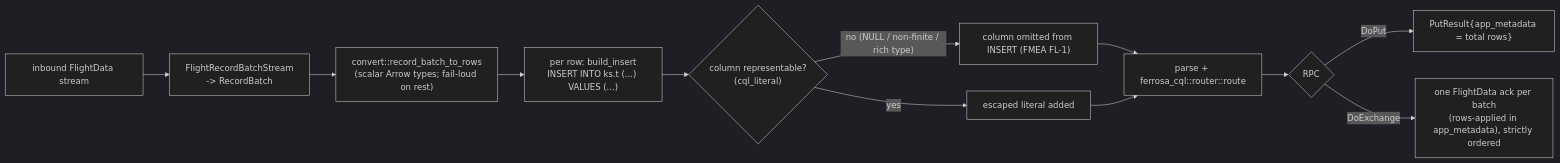
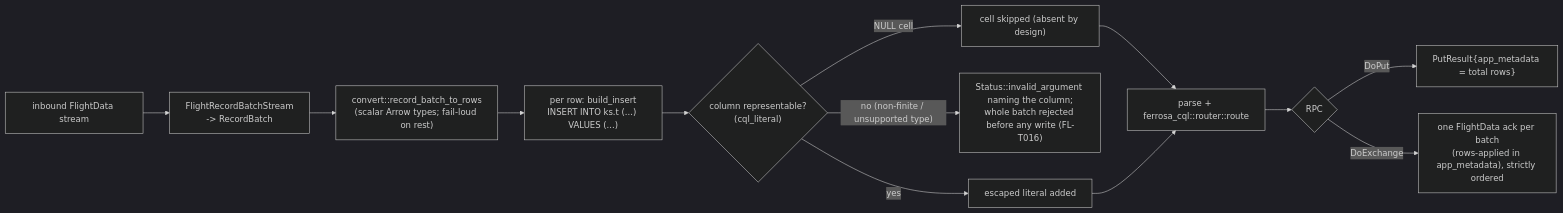
Before and after one commit to ferrosadb/ferrosa: the third of 3 diagrams in ferrosa-flight/specs/data-flow.md, drawn with Mermaid (dark theme). The commit also changed 5 other files, not shown here.

````diff
--- a/ferrosa-flight/specs/data-flow.md
+++ b/ferrosa-flight/specs/data-flow.md
@@ -79,14 +79,15 @@
 ```mermaid
 flowchart LR
     A["inbound FlightData stream"] --> B["FlightRecordBatchStream<br/>-> RecordBatch"]
     B --> C["convert::record_batch_to_rows<br/>(scalar Arrow types; fail-loud on rest)"]
     C --> D["per row: build_insert<br/>INSERT INTO ks.t (...) VALUES (...)"]
     D --> E{"column representable?<br/>(cql_literal)"}
-    E -- "no (NULL / non-finite / rich type)" --> F["column omitted from INSERT (FMEA FL-1)"]
+    E -- "NULL cell" --> F["cell skipped (absent by design)"]
+    E -- "no (non-finite / unsupported type)" --> X["Status::invalid_argument naming the column;<br/>whole batch rejected before any write (FL-T016)"]
     E -- "yes" --> G["escaped literal added"]
     F --> H["parse + ferrosa_cql::router::route"]
     G --> H
     H --> I{"RPC"}
     I -- "DoPut" --> J["PutResult{app_metadata = total rows}"]
     I -- "DoExchange" --> K["one FlightData ack per batch<br/>(rows-applied in app_metadata), strictly ordered"]
 ```
````
